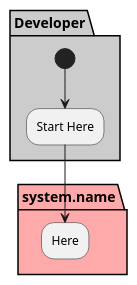
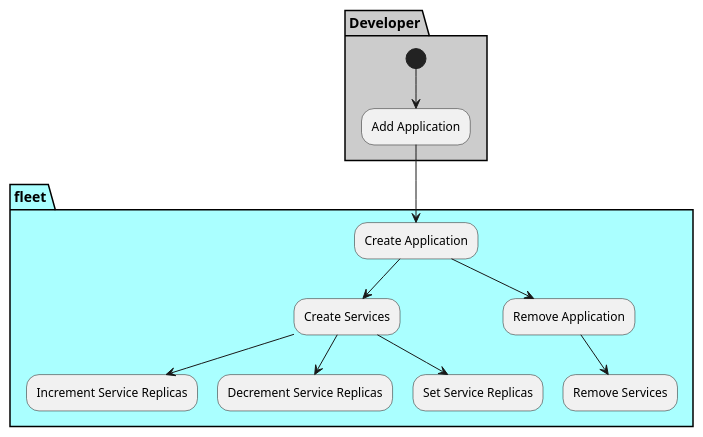
Before and after one commit to CAADE/fleet: the diagram in docs/Actors/Developer/Activity.puml, drawn with PlantUML. The commit also changed 46 other files, not shown here.

```diff
--- a/docs/Actors/Developer/Activity.puml
+++ b/docs/Actors/Developer/Activity.puml
@@ -1,12 +1,18 @@
 @startuml
 
 
 partition "Developer"  #cccccc {
-  (*) --> "Start Here"
+  (*) --> "Add Application"
 }
 
-partition "system.name" #ffaaaa {
-  "Start Here" --> "Here"
+partition "fleet" #aaffff {
+  "Add Application" --> "Create Application"
+  "Create Application" --> "Create Services"
+  "Create Services" --> "Increment Service Replicas"
+  "Create Services" --> "Decrement Service Replicas"
+  "Create Services" --> "Set Service Replicas"
+  "Create Application" --> "Remove Application"
+  "Remove Application" --> "Remove Services"
 }
 
 @enduml
```
